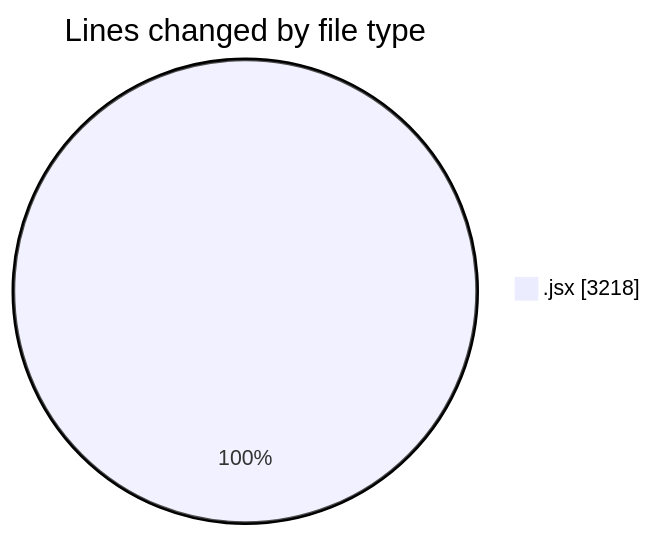
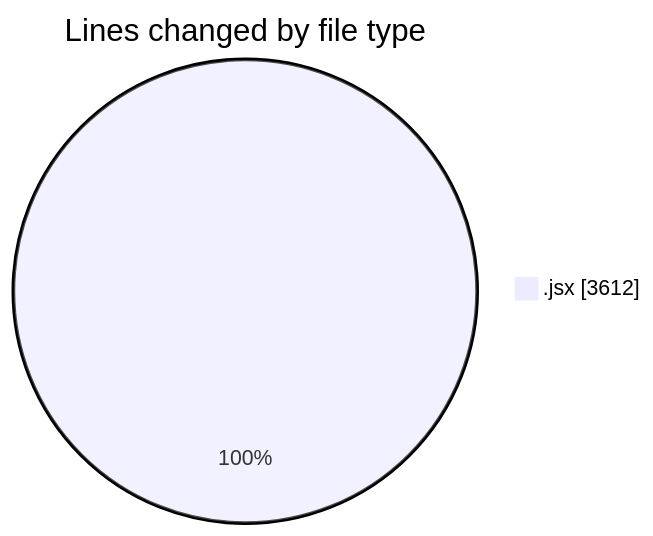
One commit to nxtqubesakshisongat/code-tracking changed the first of 2 diagrams in 2026-01-13/nxtqube_webapp/README.md. Above: the diagram before and after it, drawn with Mermaid. The commit also changed other lines of this file and 1 other file, not shown here.

````diff
--- a/2026-01-13/nxtqube_webapp/README.md
+++ b/2026-01-13/nxtqube_webapp/README.md
@@ -22,5 +23,5 @@
 ```mermaid
 pie showData
 title Lines changed by file type
-".jsx" : 3218
+".jsx" : 3612
 ```
````
